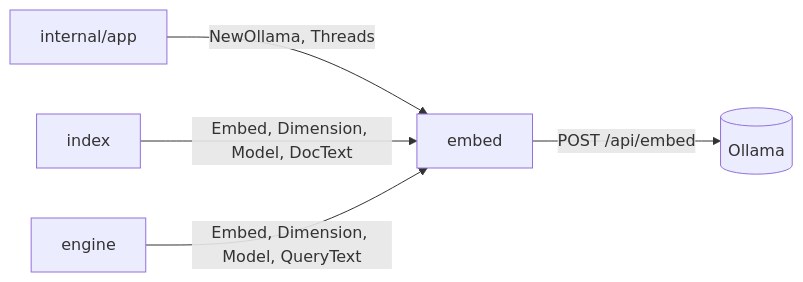
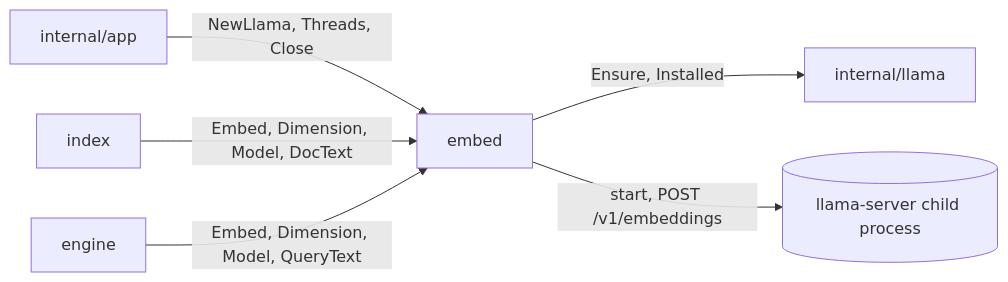
One commit to doITmagic/rag-code-mcp changed the first of 2 diagrams in embed/README.md. Above: the diagram before and after it, drawn with Mermaid. The commit also changed other lines of this file and 16 other files, not shown here.

````diff
--- a/embed/README.md
+++ b/embed/README.md
@@ -26,7 +29,8 @@
 ```mermaid
 graph LR
-    App[internal/app] -->|NewOllama, Threads| Embed[embed]
+    App[internal/app] -->|NewLlama, Threads, Close| Embed[embed]
     Index[index] -->|Embed, Dimension, Model, DocText| Embed
     Engine[engine] -->|Embed, Dimension, Model, QueryText| Embed
-    Embed -->|POST /api/embed| Ollama[(Ollama)]
+    Embed -->|Ensure, Installed| Llama[internal/llama]
+    Embed -->|start, POST /v1/embeddings| Server[(llama-server child process)]
 ```
````
